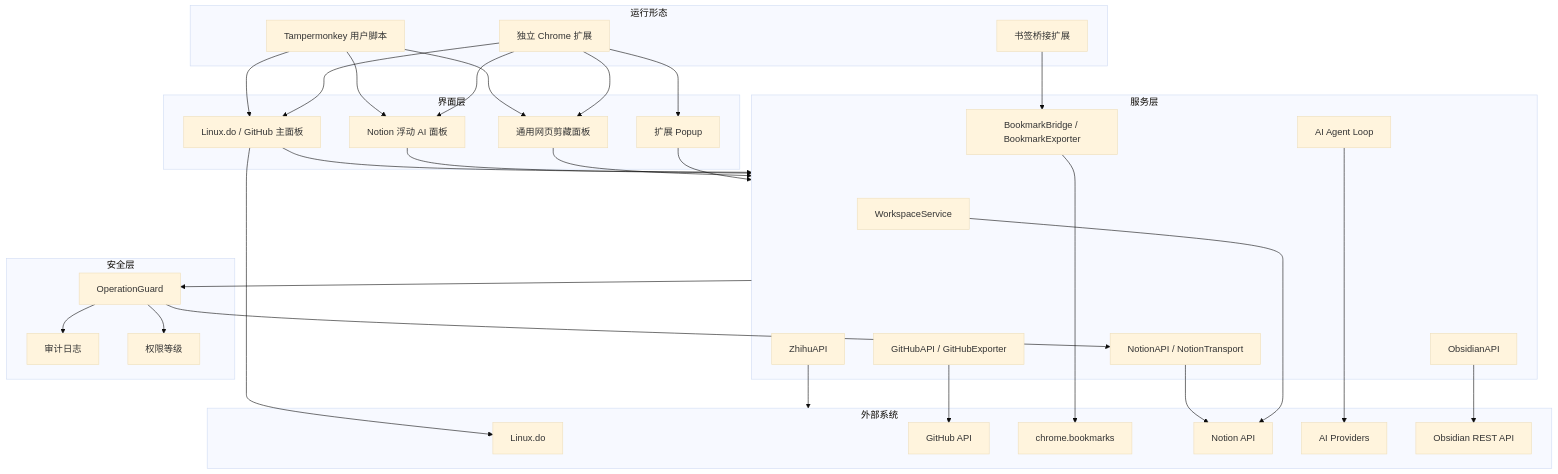
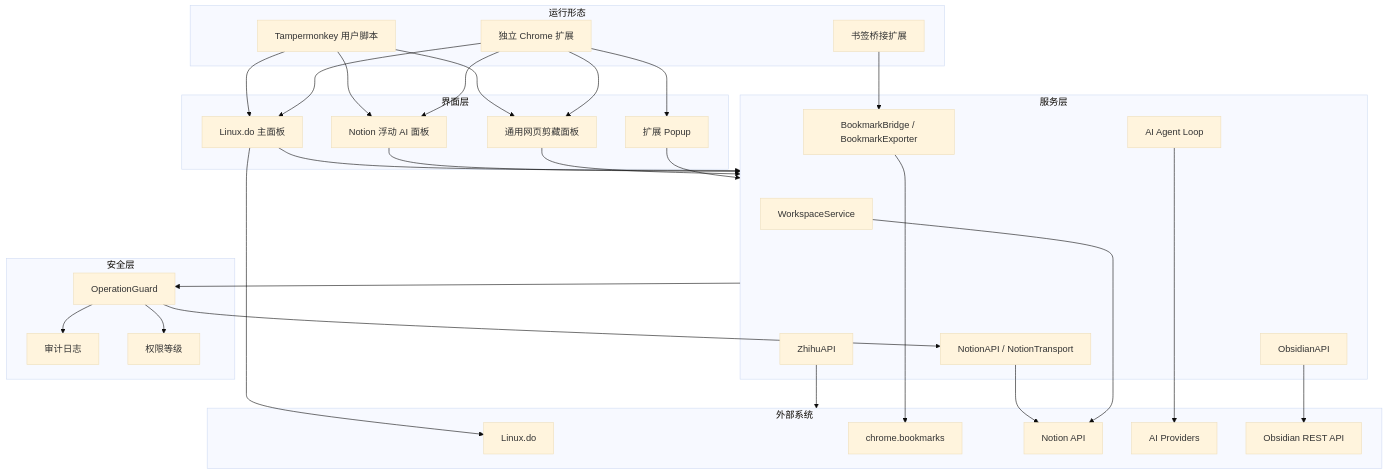
Before and after one commit to Smith-106/LD-Notion: the diagram in docs/architecture/overview.md, drawn with Mermaid (base theme). The commit also changed other lines of this file and 100 other files, not shown here.

First line of the commit message:
feat(release): v3.17.0 — GitHub 收藏源全移除

````diff
--- a/docs/architecture/overview.md
+++ b/docs/architecture/overview.md
@@ -7,69 +7,66 @@
 ```mermaid
 flowchart TB
   subgraph Runtime[运行形态]
     UserScript[Tampermonkey 用户脚本]
     FullExt[独立 Chrome 扩展]
     BridgeExt[书签桥接扩展]
   end
 
   subgraph UI[界面层]
-    MainUI[Linux.do / GitHub 主面板]
+    MainUI[Linux.do 主面板]
     NotionUI[Notion 浮动 AI 面板]
     GenericUI[通用网页剪藏面板]
     Popup[扩展 Popup]
   end
 
   subgraph Services[服务层]
     WorkspaceService[WorkspaceService]
     NotionAPI[NotionAPI / NotionTransport]
-    GitHubAPI[GitHubAPI / GitHubExporter]
     BookmarkExporter[BookmarkBridge / BookmarkExporter]
     ZhihuAPI[ZhihuAPI]
     ObsidianAPI[ObsidianAPI]
     Agent[AI Agent Loop]
   end
 
   subgraph Guard[安全层]
     OperationGuard[OperationGuard]
     Audit[审计日志]
     Permission[权限等级]
   end
 
   subgraph External[外部系统]
     LinuxDo[Linux.do]
-    GitHub[GitHub API]
     ChromeBookmarks[chrome.bookmarks]
     Notion[Notion API]
     AI[AI Providers]
     Obsidian[Obsidian REST API]
   end
 
   UserScript --> MainUI
   UserScript --> NotionUI
   UserScript --> GenericUI
   FullExt --> MainUI
   FullExt --> NotionUI
   FullExt --> GenericUI
   FullExt --> Popup
   BridgeExt --> BookmarkExporter
 
   MainUI --> Services
   NotionUI --> Services
   GenericUI --> Services
   Popup --> Services
 
   Services --> OperationGuard
   OperationGuard --> Permission
   OperationGuard --> Audit
   OperationGuard --> NotionAPI
 
   NotionAPI --> Notion
   WorkspaceService --> Notion
-  GitHubAPI --> GitHub
   BookmarkExporter --> ChromeBookmarks
   ZhihuAPI --> External
   ObsidianAPI --> Obsidian
   Agent --> AI
   Agent --> Services
   MainUI --> LinuxDo
 ```
````
